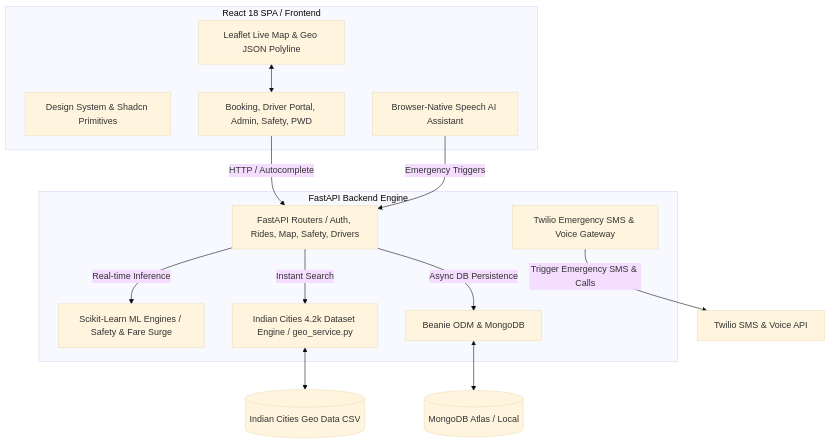
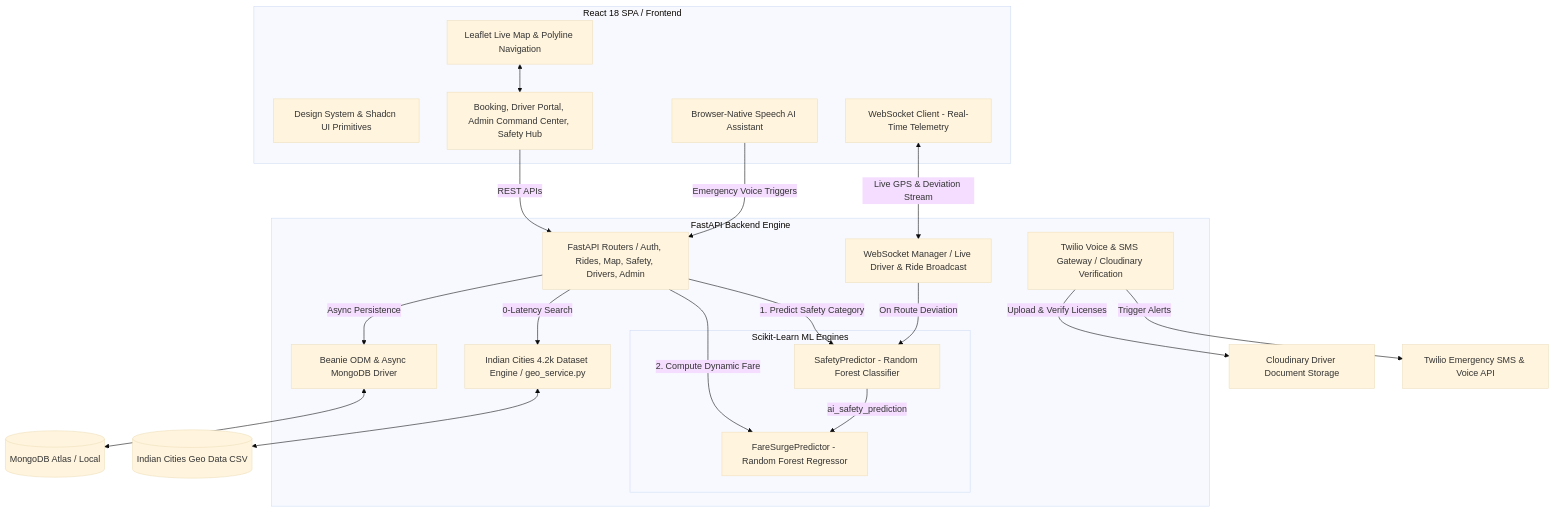
The diagram in README.md (Sai-Inapakolla/Safe-Go), drawn with Mermaid (base theme) before and after one commit. The commit also changed other lines of this file and 1 other file, not shown here.

Commit message:
docs: update comprehensive READMEs with ML integration, architecture, and testing guides

````diff
--- a/README.md
+++ b/README.md
@@ -13,35 +25,50 @@
 ```mermaid
 graph TD
     %% Frontend Components
     subgraph Client [React 18 SPA / Frontend]
-        UI[Design System & Shadcn Primitives]
-        Pages[Booking, Driver Portal, Admin, Safety, PWD]
+        UI[Design System & Shadcn UI Primitives]
+        Pages[Booking, Driver Portal, Admin Command Center, Safety Hub]
         Voice[Browser-Native Speech AI Assistant]
-        Leaflet[Leaflet Live Map & Geo JSON Polyline]
+        Leaflet[Leaflet Live Map & Polyline Navigation]
+        WSC[WebSocket Client - Real-Time Telemetry]
     end
 
     %% Backend Components
     subgraph Server [FastAPI Backend Engine]
-        API[FastAPI Routers / Auth, Rides, Map, Safety, Drivers]
-        ML[Scikit-Learn ML Engines / Safety & Fare Surge]
+        API[FastAPI Routers / Auth, Rides, Map, Safety, Drivers, Admin]
+        WS[WebSocket Manager / Live Driver & Ride Broadcast]
+        
+        subgraph MLEngine [Scikit-Learn ML Engines]
+            SafetyModel[SafetyPredictor - Random Forest Classifier]
+            SurgeModel[FareSurgePredictor - Random Forest Regressor]
+        end
+        
         Geo[Indian Cities 4.2k Dataset Engine / geo_service.py]
-        Beanie[Beanie ODM & MongoDB]
-        Services[Twilio Emergency SMS & Voice Gateway]
+        Beanie[Beanie ODM & Async MongoDB Driver]
+        Services[Twilio Voice & SMS Gateway / Cloudinary Verification]
     end
 
-    %% External & Database
+    %% External Systems & Storage
     DB[(MongoDB Atlas / Local)]
     Dataset[(Indian Cities Geo Data CSV)]
-    Twilio[Twilio SMS & Voice API]
+    Twilio[Twilio Emergency SMS & Voice API]
+    Cloudinary[Cloudinary Driver Document Storage]
 
-    %% Interactions
-    Pages -->|HTTP / Autocomplete| API
+    %% Data Flow
+    Pages -->|REST APIs| API
+    WSC <-->|Live GPS & Deviation Stream| WS
+    Voice -->|Emergency Voice Triggers| API
     Leaflet <--> Pages
-    Voice -->|Emergency Triggers| API
-    API -->|Real-time Inference| ML
-    API -->|Instant Search| Geo
+    
+    API -->|1. Predict Safety Category| SafetyModel
+    SafetyModel -->|ai_safety_prediction| SurgeModel
+    API -->|2. Compute Dynamic Fare| SurgeModel
+    
+    WS -->|On Route Deviation| SafetyModel
+    API -->|0-Latency Search| Geo
     Geo <--> Dataset
-    API -->|Async DB Persistence| Beanie
+    API -->|Async Persistence| Beanie
     Beanie <--> DB
-    Services -->|Trigger Emergency SMS & Calls| Twilio
+    Services -->|Trigger Alerts| Twilio
+    Services -->|Upload & Verify Licenses| Cloudinary
 ```
````
